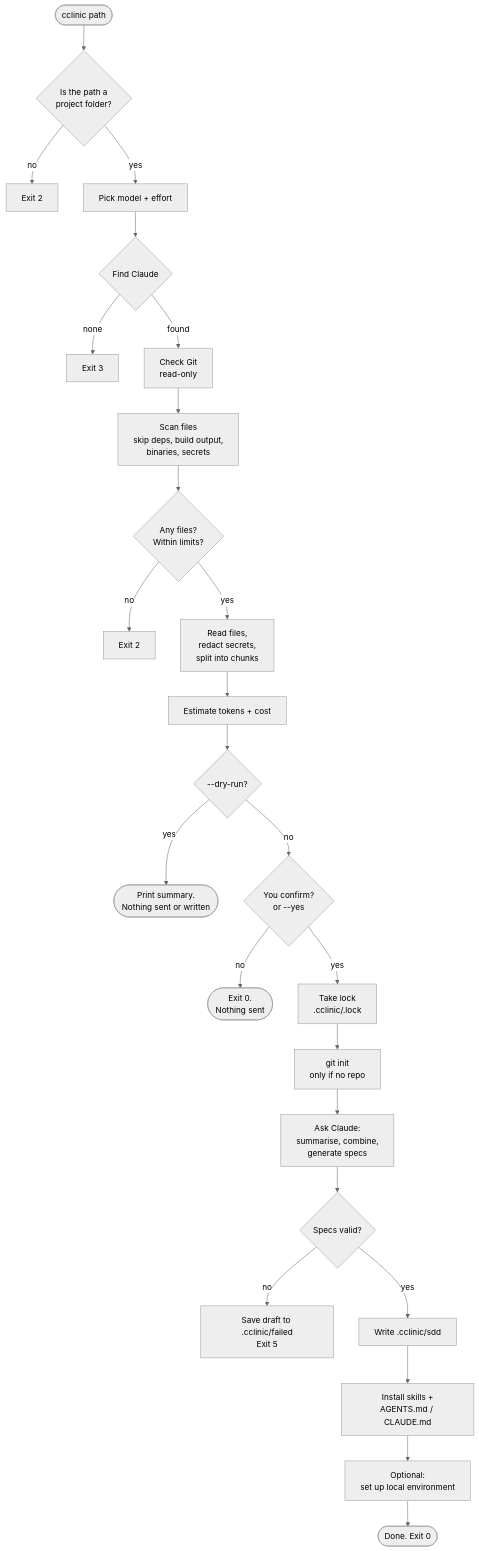
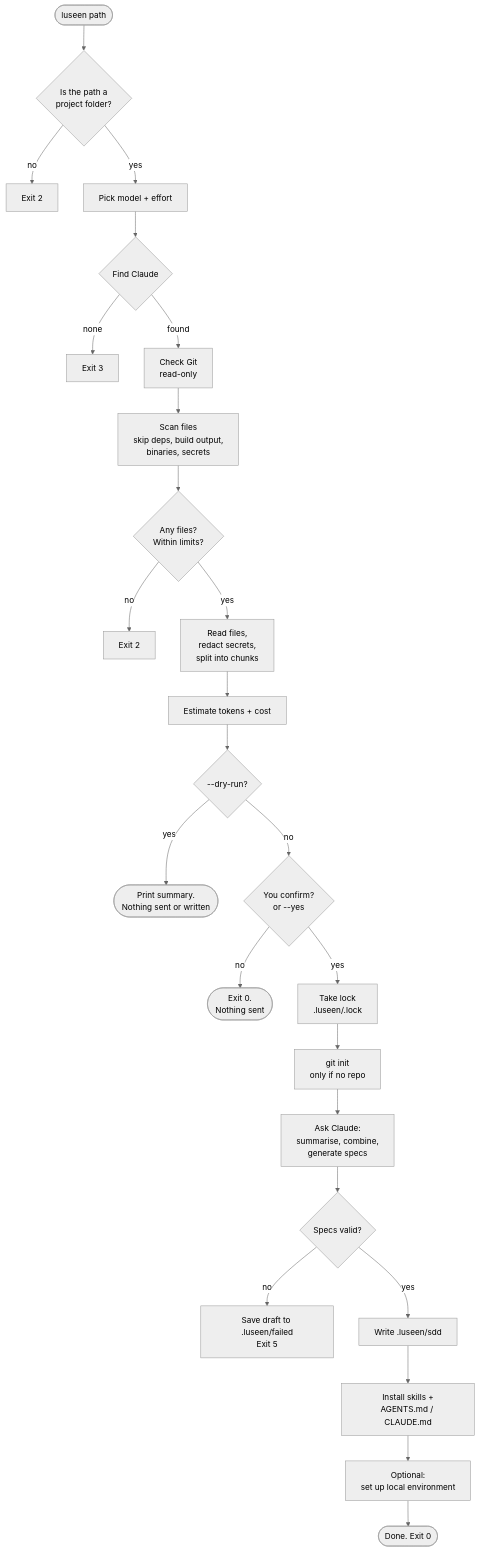
The second of 5 diagrams in SETUP_FLOW.md (Hayko97/cclinic), drawn with Mermaid (neutral theme) before and after one commit. The commit also changed other lines of this file and 311 other files, not shown here.

````diff
--- a/SETUP_FLOW.md
+++ b/SETUP_FLOW.md
@@ -29,27 +29,27 @@
 ```mermaid
 flowchart TD
-    Start([cclinic path]) --> T{Is the path a<br/>project folder?}
+    Start([luseen path]) --> T{Is the path a<br/>project folder?}
     T -- no --> X2[Exit 2]
     T -- yes --> M[Pick model + effort]
     M --> P{Find Claude}
     P -- none --> X3[Exit 3]
     P -- found --> G[Check Git<br/>read-only]
     G --> S[Scan files<br/>skip deps, build output,<br/>binaries, secrets]
     S --> L{Any files?<br/>Within limits?}
     L -- no --> X2b[Exit 2]
     L -- yes --> R[Read files,<br/>redact secrets,<br/>split into chunks]
     R --> E[Estimate tokens + cost]
     E --> D{--dry-run?}
     D -- yes --> DR([Print summary.<br/>Nothing sent or written])
     D -- no --> C{You confirm?<br/>or --yes}
     C -- no --> X0([Exit 0.<br/>Nothing sent])
-    C -- yes --> LK[Take lock<br/>.cclinic/.lock]
+    C -- yes --> LK[Take lock<br/>.luseen/.lock]
     LK --> GI[git init<br/>only if no repo]
     GI --> AI[Ask Claude:<br/>summarise, combine,<br/>generate specs]
     AI --> V{Specs valid?}
-    V -- no --> X5[Save draft to .cclinic/failed<br/>Exit 5]
-    V -- yes --> W[Write .cclinic/sdd]
+    V -- no --> X5[Save draft to .luseen/failed<br/>Exit 5]
+    V -- yes --> W[Write .luseen/sdd]
     W --> SK[Install skills +<br/>AGENTS.md / CLAUDE.md]
     SK --> ENV[Optional:<br/>set up local environment]
     ENV --> Done([Done. Exit 0])
 ```
````
